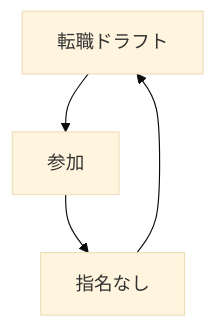
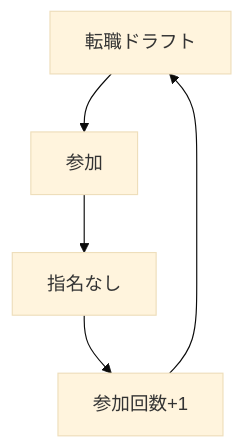
One commit to ababaSigrun/ababaSigrun changed the diagram in README.md. Above: the diagram before and after it, drawn with Mermaid (base theme). The commit also changed other lines of this file, not shown here.

````diff
--- a/README.md
+++ b/README.md
@@ -31,8 +31,9 @@
 ```mermaid
  graph TD;
    転職ドラフト-->参加
    参加-->指名なし
-   指名なし-->転職ドラフト
+   指名なし-->参加回数+1
+   参加回数+1-->転職ドラフト
   
 
 ```
````
